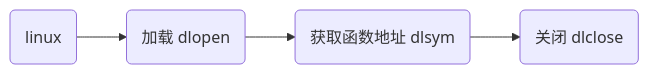
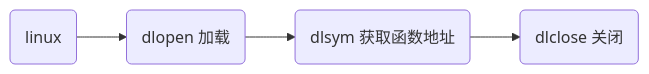
The fifth of 5 diagrams in _posts/c_c++/library/2023-02-28-dynamic library.md (dmjcb/dmjcb.github.io), drawn with Mermaid before and after one commit. The commit also changed other lines of this file and 6 other files, not shown here.

````diff
--- a/_posts/c_c++/library/2023-02-28-dynamic library.md
+++ b/_posts/c_c++/library/2023-02-28-dynamic library.md
@@ -328,4 +344,4 @@
 ```mermaid
 graph LR;
-    X(linux)-->A1(加载 dlopen)-->B1(获取函数地址 dlsym)-->C1(关闭 dlclose)
+    X(linux)-->A1(dlopen 加载)-->B1(dlsym 获取函数地址)-->C1(dlclose 关闭)
 ```
````
